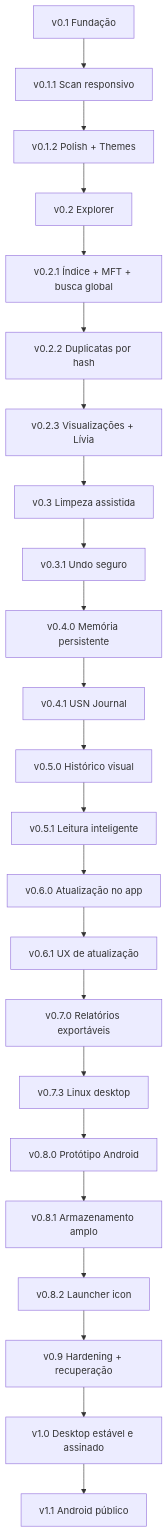
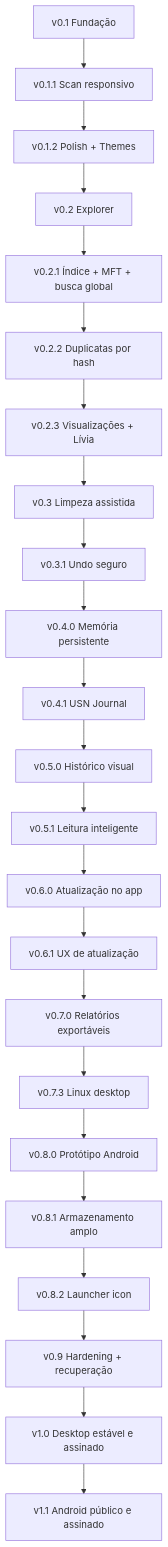
One commit to tombemol/L.I.V.I.A changed diagram 14 of 14 in README.md. Above: the diagram before and after it, drawn with Mermaid. The commit also changed other lines of this file and 4 other files, not shown here.

First line of the commit message:
v1.1: preparar Android público e assinado

````diff
--- a/README.md
+++ b/README.md
@@ -769,25 +803,25 @@
 ```mermaid
 flowchart TD
     A[v0.1 Fundação] --> B[v0.1.1 Scan responsivo]
     B --> C[v0.1.2 Polish + Themes]
     C --> D[v0.2 Explorer]
     D --> E[v0.2.1 Índice + MFT + busca global]
     E --> F[v0.2.2 Duplicatas por hash]
     F --> V[v0.2.3 Visualizações + Lívia]
     V --> G[v0.3 Limpeza assistida]
     G --> U[v0.3.1 Undo seguro]
     U --> M[v0.4.0 Memória persistente]
     M --> H[v0.4.1 USN Journal]
     H --> V5[v0.5.0 Histórico visual]
     V5 --> V51[v0.5.1 Leitura inteligente]
     V51 --> V6[v0.6.0 Atualização no app]
     V6 --> V61[v0.6.1 UX de atualização]
     V61 --> V7[v0.7.0 Relatórios exportáveis]
     V7 --> V73[v0.7.3 Linux desktop]
     V73 --> V8[v0.8.0 Protótipo Android]
     V8 --> V81[v0.8.1 Armazenamento amplo]
     V81 --> V82[v0.8.2 Launcher icon]
     V82 --> V9[v0.9 Hardening + recuperação]
     V9 --> I[v1.0 Desktop estável e assinado]
-    I --> V11[v1.1 Android público]
+    I --> V11[v1.1 Android público e assinado]
 ```
````
